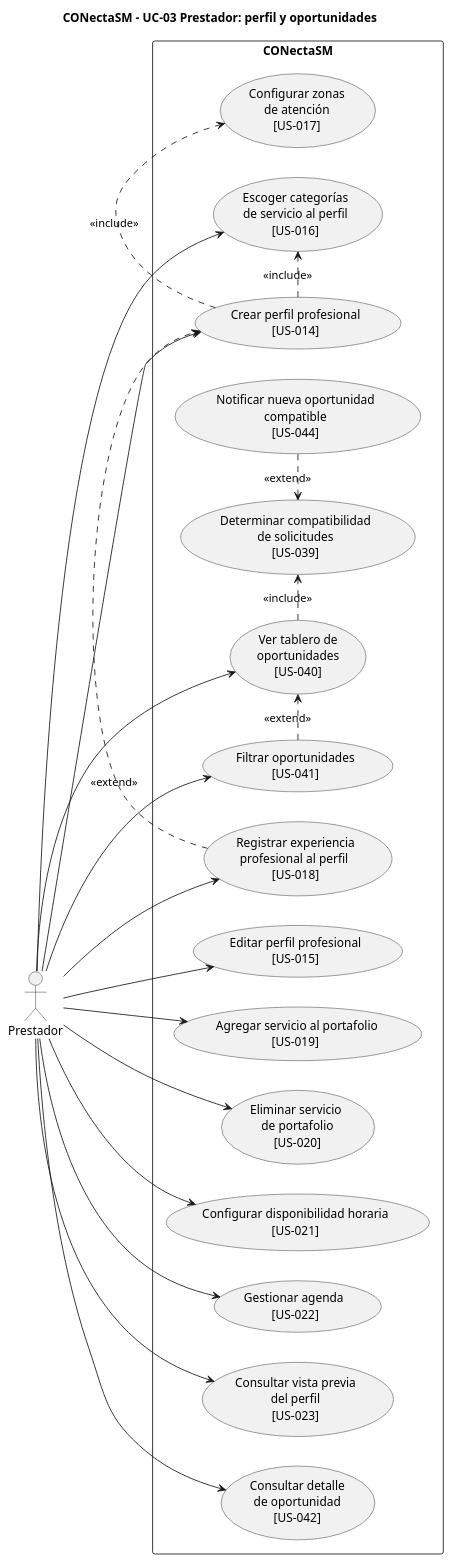
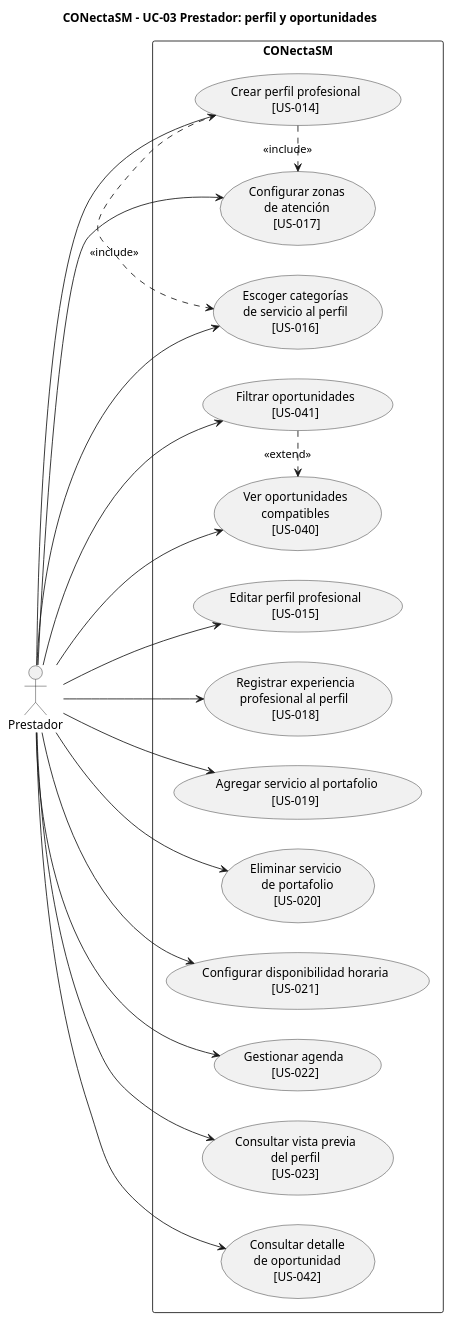
One commit to JsMartinez-dev/proyecto-diseno-ingenieria changed the diagram in FASE-4-Prototipar/08-Casos-de-Uso/Caso-de-uso-3/03_prestador_perfil_oportunidades.puml. Above: the diagram before and after it, drawn with PlantUML. The commit also changed 13 other files, not shown here.

First line of the commit message:
Corrige los diagramas de casos de uso

```diff
--- a/FASE-4-Prototipar/08-Casos-de-Uso/Caso-de-uso-3/03_prestador_perfil_oportunidades.puml
+++ b/FASE-4-Prototipar/08-Casos-de-Uso/Caso-de-uso-3/03_prestador_perfil_oportunidades.puml
@@ -1,49 +1,45 @@
 @startuml
 title CONectaSM - UC-03 Prestador: perfil y oportunidades
 left to right direction
 skinparam packageStyle rectangle
 skinparam shadowing false
 
 actor "Prestador" as Prestador
 
 rectangle "CONectaSM" {
   usecase "Crear perfil profesional\n[US-014]" as UC024
   usecase "Editar perfil profesional\n[US-015]" as UC025
   usecase "Escoger categorías\nde servicio al perfil\n[US-016]" as UC026
   usecase "Configurar zonas\nde atención\n[US-017]" as UC027
   usecase "Registrar experiencia\nprofesional al perfil \n[US-018]" as UC028
   usecase " Agregar servicio al portafolio\n[US-019]" as UC029
   usecase "Eliminar servicio \nde portafolio\n[US-020]" as UC030
   usecase "Configurar disponibilidad horaria\n[US-021]" as UC031
   usecase "Gestionar agenda \n[US-022]" as UC032
   usecase "Consultar vista previa\ndel perfil\n[US-023]" as UC033
 
-  usecase "Determinar compatibilidad\nde solicitudes\n[US-039]" as UC034
-  usecase "Ver tablero de\noportunidades\n[US-040]" as UC035
+  usecase "Ver oportunidades\ncompatibles\n[US-040]" as UC035
   usecase "Filtrar oportunidades\n[US-041]" as UC036
   usecase "Consultar detalle\nde oportunidad\n[US-042]" as UC037
-  usecase "Notificar nueva oportunidad\ncompatible\n[US-044]" as UC038
 }
 
 Prestador --> UC024
 Prestador --> UC028
 Prestador --> UC025
 Prestador --> UC026
+Prestador --> UC027
 Prestador --> UC029
 Prestador --> UC030
 Prestador --> UC031
 Prestador --> UC032
 Prestador --> UC033
 Prestador --> UC035
 Prestador --> UC036
 Prestador --> UC037
 
 UC024 .> UC027 : <<include>>
 UC024 .> UC026 : <<include>>
 
 
-UC035 .> UC034 : <<include>>
 UC036 .> UC035 : <<extend>>
-UC038 .> UC034 : <<extend>>
-UC028 .> UC024 : <<extend>>
 @enduml
```
